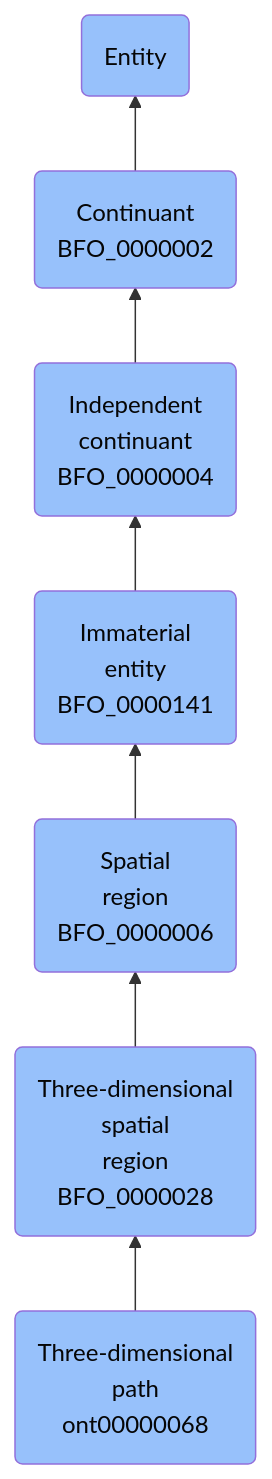
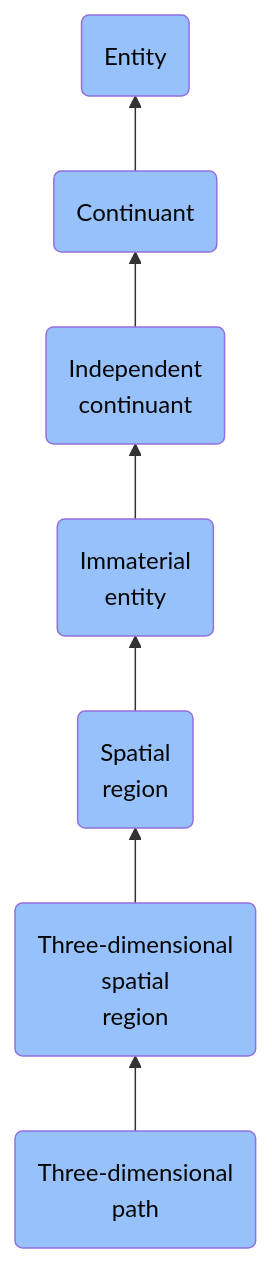
Before and after one commit to jupyter-naas/abi: the diagram in docs/ontology/reference/model/Entity/Continuant/Independent continuant/Immaterial entity/Spatial region/Three-dimensional spatial region/Three-dimensional path/Three-dimensional path.md, drawn with Mermaid. The commit also changed other lines of this file and 1430 other files, not shown here.

````diff
--- a/docs/ontology/reference/model/Entity/Continuant/Independent continuant/Immaterial entity/Spatial region/Three-dimensional spatial region/Three-dimensional path/Three-dimensional path.md
+++ b/docs/ontology/reference/model/Entity/Continuant/Independent continuant/Immaterial entity/Spatial region/Three-dimensional spatial region/Three-dimensional path/Three-dimensional path.md
@@ -24,14 +24,14 @@
 ```mermaid
 graph BT
-    ont00000068(Three-dimensional<br>path<br>ont00000068):::BFO-->BFO_0000028
-    BFO_0000028(Three-dimensional<br>spatial<br>region<br>BFO_0000028):::BFO-->BFO_0000006
-    BFO_0000006(Spatial<br>region<br>BFO_0000006):::BFO-->BFO_0000141
-    BFO_0000141(Immaterial<br>entity<br>BFO_0000141):::BFO-->BFO_0000004
-    BFO_0000004(Independent<br>continuant<br>BFO_0000004):::BFO-->BFO_0000002
-    BFO_0000002(Continuant<br>BFO_0000002):::BFO-->BFO_0000001
+    ont00000068(Three-dimensional<br>path):::BFO-->BFO_0000028
+    BFO_0000028(Three-dimensional<br>spatial<br>region):::BFO-->BFO_0000006
+    BFO_0000006(Spatial<br>region):::BFO-->BFO_0000141
+    BFO_0000141(Immaterial<br>entity):::BFO-->BFO_0000004
+    BFO_0000004(Independent<br>continuant):::BFO-->BFO_0000002
+    BFO_0000002(Continuant):::BFO-->BFO_0000001
     BFO_0000001(Entity):::BFO
     
     classDef BFO fill:#97c1fb,color:#060606
     classDef CCO fill:#e4c51e,color:#060606
     classDef ABI fill:#48DD82,color:#060606
 ```
````
